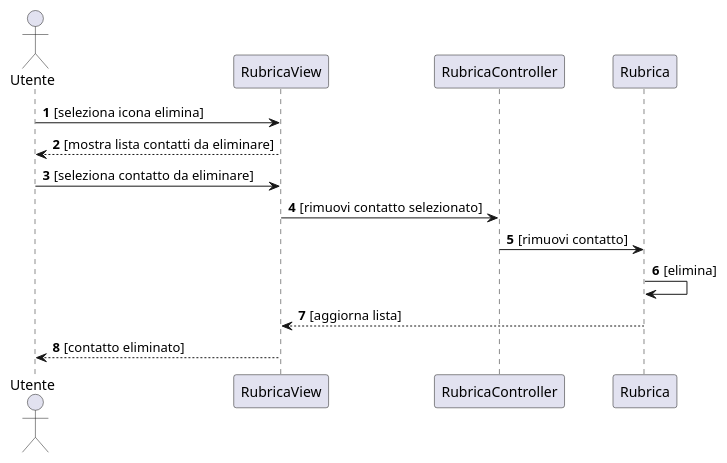
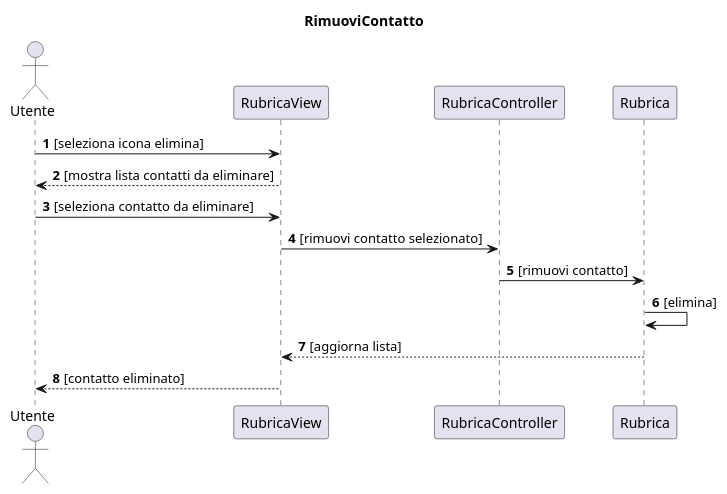
Before and after one commit to emanueletocci/uni-swe-project: the diagram in docs/bozze/Diagrammi/Sequenza/ScenarioRimuoviContatto.puml, drawn with PlantUML. The commit also changed 9 other files, not shown here.

First line of the commit message:
Aggiornamento diagrammi di sequenza

```diff
--- a/docs/bozze/Diagrammi/Sequenza/ScenarioRimuoviContatto.puml
+++ b/docs/bozze/Diagrammi/Sequenza/ScenarioRimuoviContatto.puml
@@ -1,15 +1,16 @@
 @startuml Rimozione contatto
+title RimuoviContatto
 autonumber
 actor Utente
 participant RubricaView
 participant RubricaController
 participant Rubrica
 Utente -> RubricaView: [seleziona icona elimina]
 RubricaView --> Utente: [mostra lista contatti da eliminare]
 Utente -> RubricaView: [seleziona contatto da eliminare]
 RubricaView -> RubricaController: [rimuovi contatto selezionato]
 RubricaController -> Rubrica: [rimuovi contatto]
 Rubrica -> Rubrica: [elimina]
 Rubrica --> RubricaView: [aggiorna lista]
 RubricaView --> Utente: [contatto eliminato]
 @enduml
```
